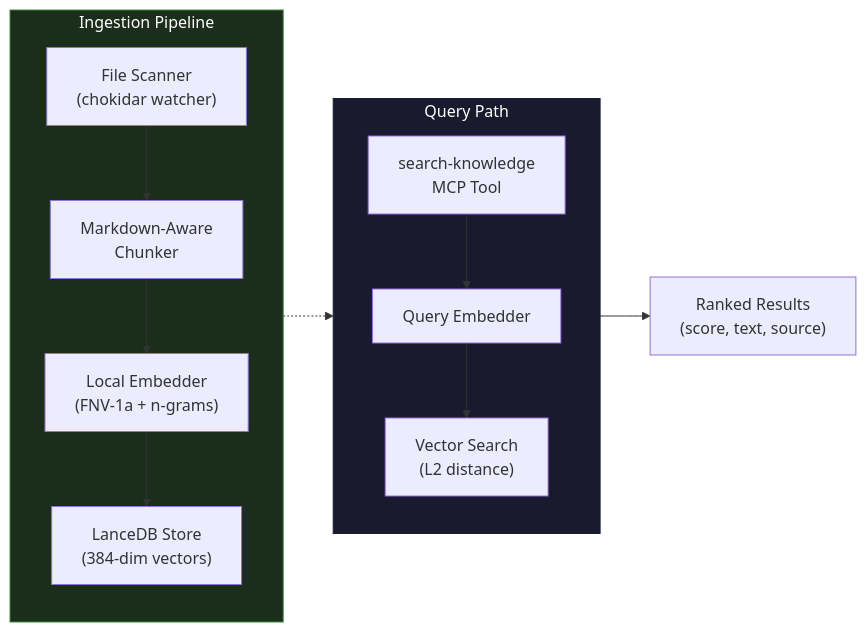
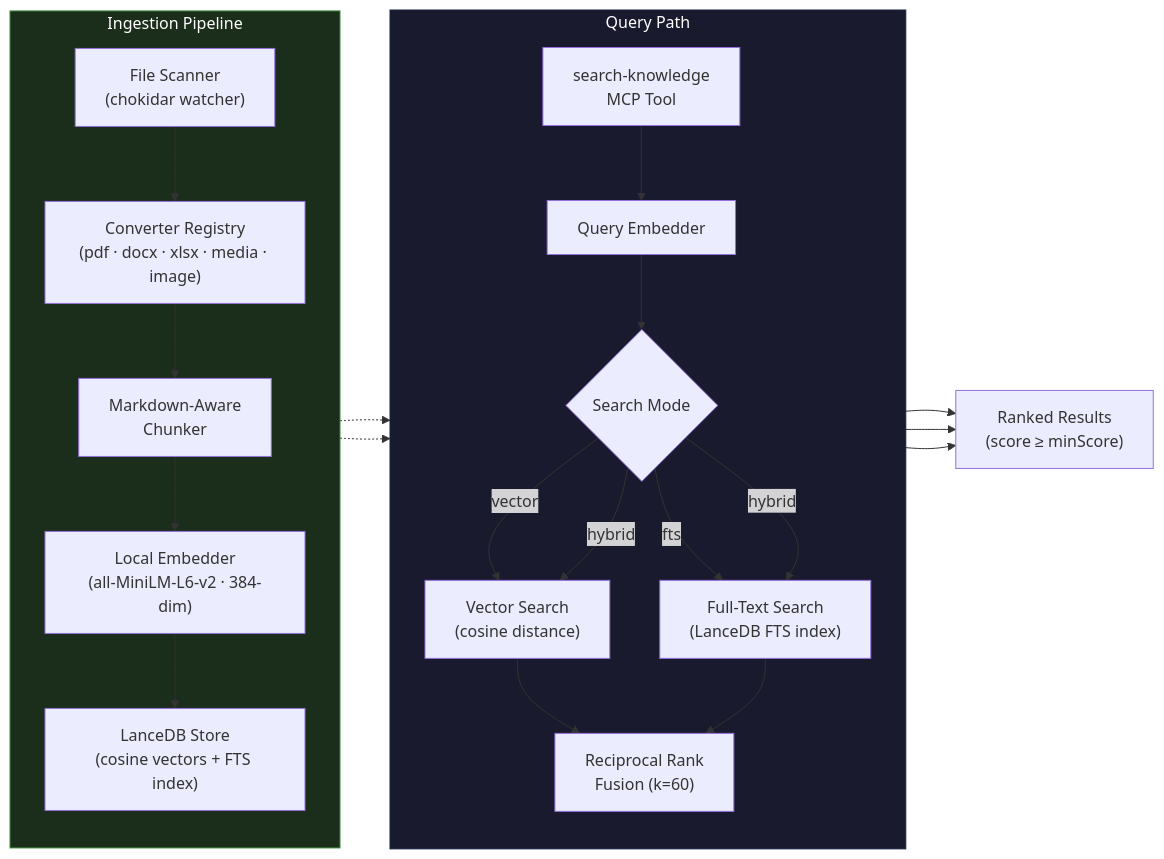
Diagram 12 of 12 in docs/ARCHITECTURE.md (openzigs/openzigs), drawn with Mermaid before and after one commit. The commit also changed other lines of this file and 21 other files, not shown here.

````diff
--- a/docs/ARCHITECTURE.md
+++ b/docs/ARCHITECTURE.md
@@ -2214,25 +2214,35 @@
 ```mermaid
 graph LR
     subgraph Ingestion["Ingestion Pipeline"]
         direction TB
         FS["File Scanner<br/>(chokidar watcher)"]
+        CR["Converter Registry<br/>(pdf · docx · xlsx · media · image)"]
         CH["Markdown-Aware<br/>Chunker"]
-        EM["Local Embedder<br/>(FNV-1a + n-grams)"]
-        LDB["LanceDB Store<br/>(384-dim vectors)"]
-        FS --> CH --> EM --> LDB
+        EM["Local Embedder<br/>(all-MiniLM-L6-v2 · 384-dim)"]
+        LDB["LanceDB Store<br/>(cosine vectors + FTS index)"]
+        FS --> CR --> CH --> EM --> LDB
     end
 
     subgraph Query["Query Path"]
         direction TB
         MCP["search-knowledge<br/>MCP Tool"]
         QEM["Query Embedder"]
-        VS["Vector Search<br/>(L2 distance)"]
-        MCP --> QEM --> VS
+        HYB{"Search Mode"}
+        VS["Vector Search<br/>(cosine distance)"]
+        FTS["Full-Text Search<br/>(LanceDB FTS index)"]
+        RRF["Reciprocal Rank<br/>Fusion (k=60)"]
+        MCP --> QEM --> HYB
+        HYB -->|vector| VS
+        HYB -->|fts| FTS
+        HYB -->|hybrid| VS & FTS --> RRF
     end
 
     LDB -.-> VS
-    VS --> RES["Ranked Results<br/>(score, text, source)"]
+    LDB -.-> FTS
+    VS --> RES["Ranked Results<br/>(score ≥ minScore)"]
+    FTS --> RES
+    RRF --> RES
 
     style Ingestion fill:#1b2d1b,stroke:#3a8b3a,color:#fff
     style Query fill:#1a1a2e,stroke:#16213e,color:#fff
 ```
````
